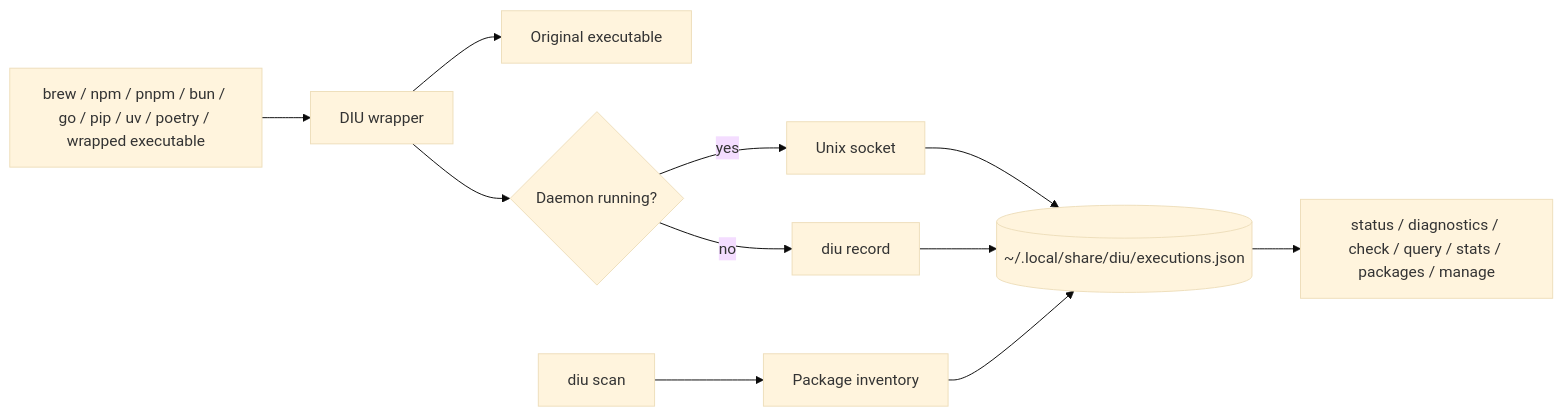
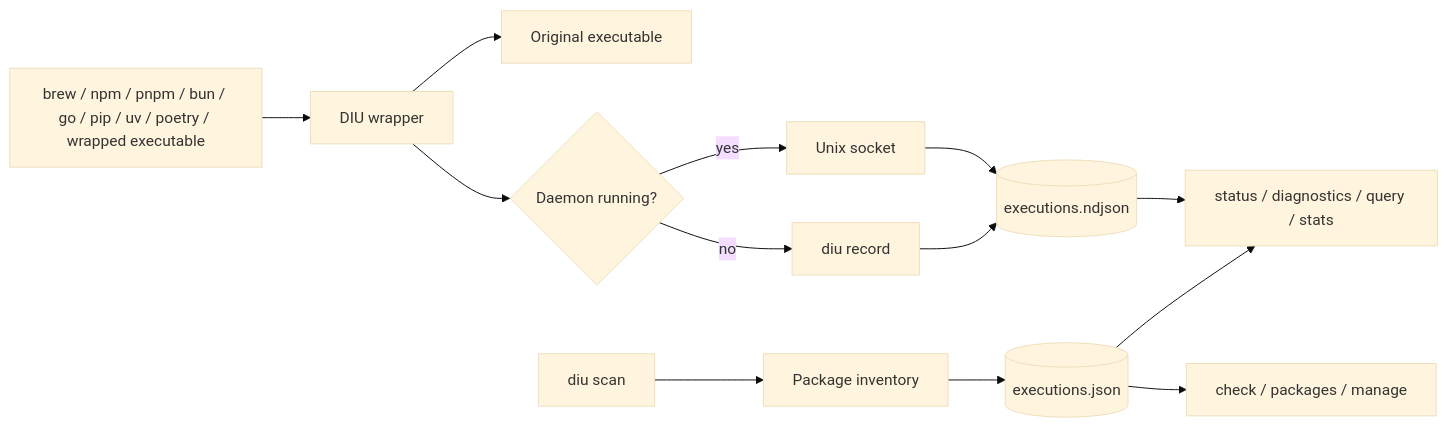
Before and after one commit to yowainwright/diu: the second of 2 diagrams in README.md, drawn with Mermaid (base theme). The commit also changed other lines of this file and 17 other files, not shown here.

````diff
--- a/README.md
+++ b/README.md
@@ -148,13 +150,15 @@
 ```mermaid
 flowchart LR
     command["brew / npm / pnpm / bun / go / pip / uv / poetry / wrapped executable"] --> wrapper["DIU wrapper"]
     wrapper --> original["Original executable"]
     wrapper --> daemon{"Daemon running?"}
     daemon -- yes --> socket["Unix socket"]
     daemon -- no --> record["diu record"]
-    socket --> storage[("~/.local/share/diu/executions.json")]
-    record --> storage
+    socket --> history[("executions.ndjson")]
+    record --> history
     scan["diu scan"] --> inventory["Package inventory"]
-    inventory --> storage
-    storage --> cli["status / diagnostics / check / query / stats / packages / manage"]
+    inventory --> manifest[("executions.json")]
+    history --> cli["status / diagnostics / query / stats"]
+    manifest --> cli
+    manifest --> packages["check / packages / manage"]
 ```
````
